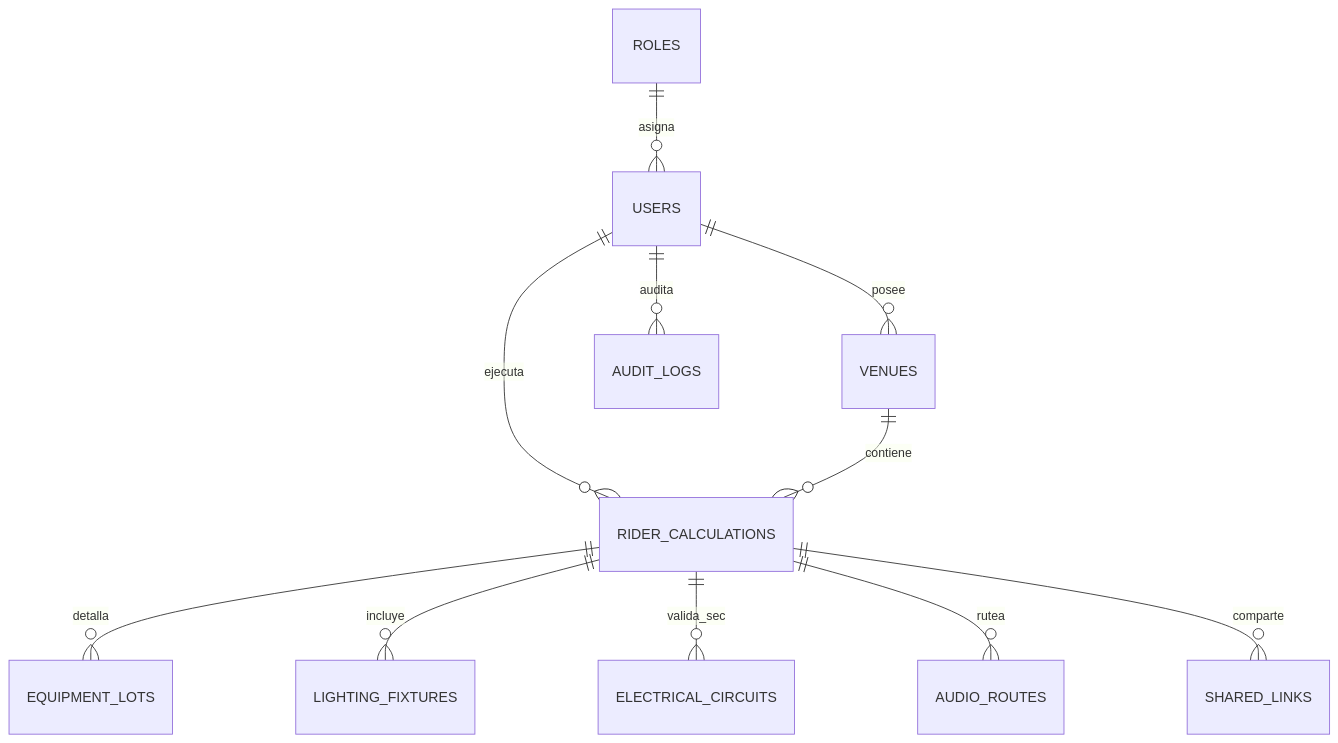
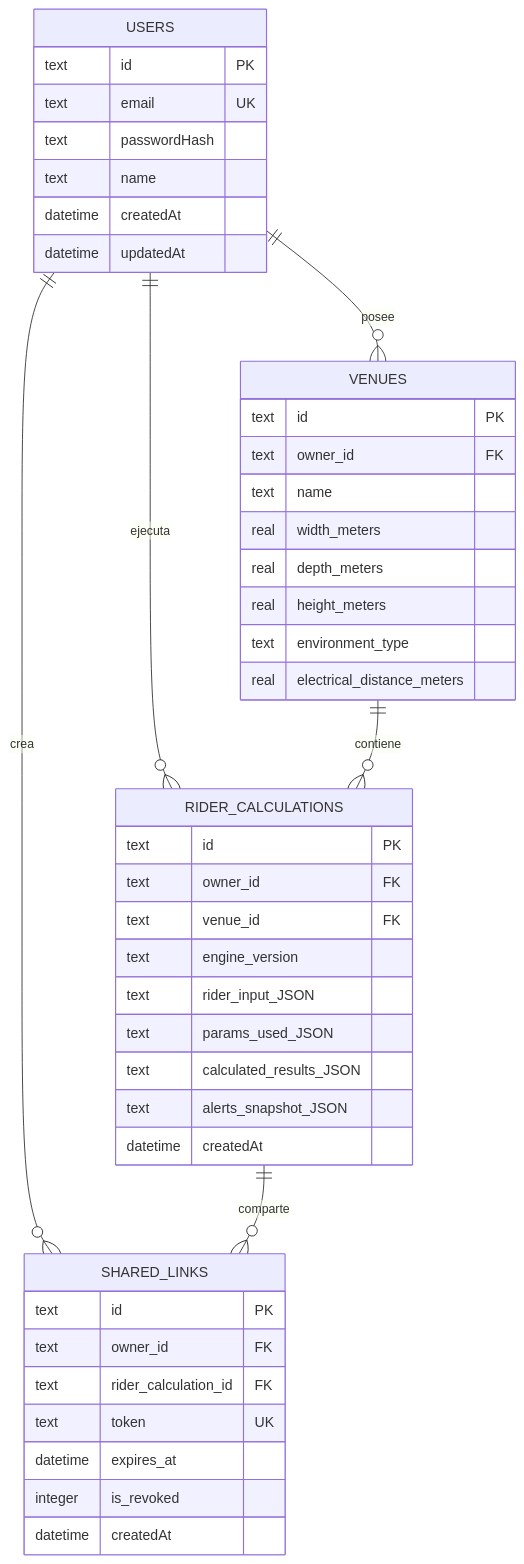
One commit to MauricioVega01/stage-plan changed the third of 3 diagrams in INFORME_SUMATIVA_02_TIHV43_MAURICIO_VEGA.md. Above: the diagram before and after it, drawn with Mermaid. The commit also changed other lines of this file and 14 other files, not shown here.

````diff
--- a/INFORME_SUMATIVA_02_TIHV43_MAURICIO_VEGA.md
+++ b/INFORME_SUMATIVA_02_TIHV43_MAURICIO_VEGA.md
@@ -459,13 +474,47 @@
 ```mermaid
 erDiagram
-  ROLES ||--o{ USERS : asigna
   USERS ||--o{ VENUES : posee
   USERS ||--o{ RIDER_CALCULATIONS : ejecuta
+  USERS ||--o{ SHARED_LINKS : crea
   VENUES ||--o{ RIDER_CALCULATIONS : contiene
-  RIDER_CALCULATIONS ||--o{ EQUIPMENT_LOTS : detalla
-  RIDER_CALCULATIONS ||--o{ LIGHTING_FIXTURES : incluye
-  RIDER_CALCULATIONS ||--o{ ELECTRICAL_CIRCUITS : valida_sec
-  RIDER_CALCULATIONS ||--o{ AUDIO_ROUTES : rutea
   RIDER_CALCULATIONS ||--o{ SHARED_LINKS : comparte
-  USERS ||--o{ AUDIT_LOGS : audita
+
+  USERS {
+    text id PK
+    text email UK
+    text passwordHash
+    text name
+    datetime createdAt
+    datetime updatedAt
+  }
+  VENUES {
+    text id PK
+    text owner_id FK
+    text name
+    real width_meters
+    real depth_meters
+    real height_meters
+    text environment_type
+    real electrical_distance_meters
+  }
+  RIDER_CALCULATIONS {
+    text id PK
+    text owner_id FK
+    text venue_id FK
+    text engine_version
+    text rider_input_JSON
+    text params_used_JSON
+    text calculated_results_JSON
+    text alerts_snapshot_JSON
+    datetime createdAt
+  }
+  SHARED_LINKS {
+    text id PK
+    text owner_id FK
+    text rider_calculation_id FK
+    text token UK
+    datetime expires_at
+    integer is_revoked
+    datetime createdAt
+  }
 ```
````
